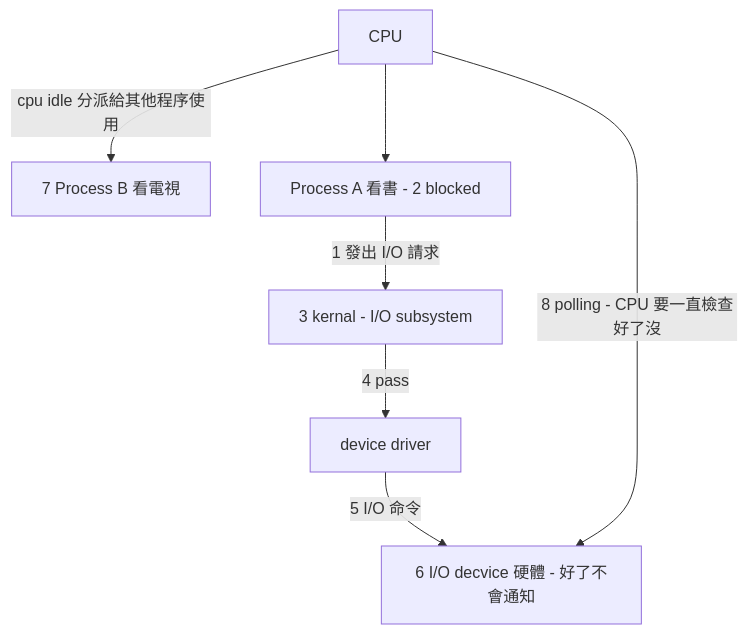
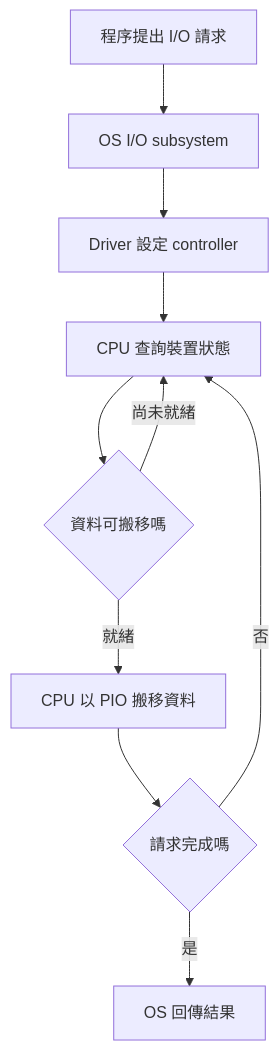
The second of 6 diagrams in content/posts/2022/0drops.2022.0914-[Ch2Ch3]IO、OS 架構、VM.md (kiwijang/kiwijang.github.io), drawn with Mermaid before and after one commit. The commit also changed other lines of this file and 14 other files, not shown here.

Commit message:
Add nested topic sections and VHDL course notes with readable diagrams

````diff
--- a/content/posts/2022/0drops.2022.0914-[Ch2Ch3]IO、OS 架構、VM.md
+++ b/content/posts/2022/0drops.2022.0914-[Ch2Ch3]IO、OS 架構、VM.md
@@ -58,9 +70,12 @@
 ```mermaid
 flowchart TD
-    A[CPU] -->|cpu idle 分派給其他程序使用| E[7 Process B 看電視]
-    A[CPU] --> B
-    B[Process A 看書 - 2 blocked] -->|1 發出 I/O 請求| C
-    C[3 kernal - I/O subsystem] -->|4 pass| D
-    D[device driver] -->|5 I/O 命令| F[6 I/O decvice 硬體 - 好了不會通知]
-    A ---->|8 polling - CPU 要一直檢查好了沒| F
+    A[程序提出 I/O 請求] --> C[OS I/O subsystem]
+    C --> D[Driver 設定 controller]
+    D --> E[CPU 查詢裝置狀態]
+    E --> F{資料可搬移嗎}
+    F -->|尚未就緒| E
+    F -->|就緒| G[CPU 以 PIO 搬移資料]
+    G --> H{請求完成嗎}
+    H -->|否| E
+    H -->|是| I[OS 回傳結果]
 ```
````
